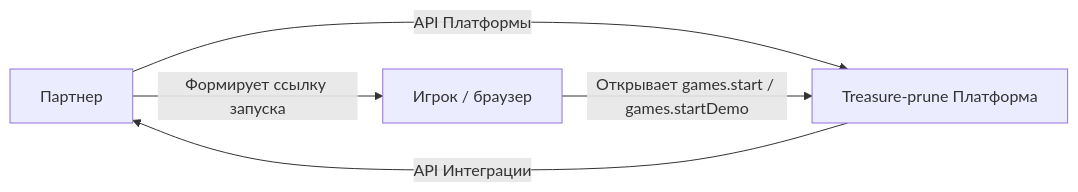
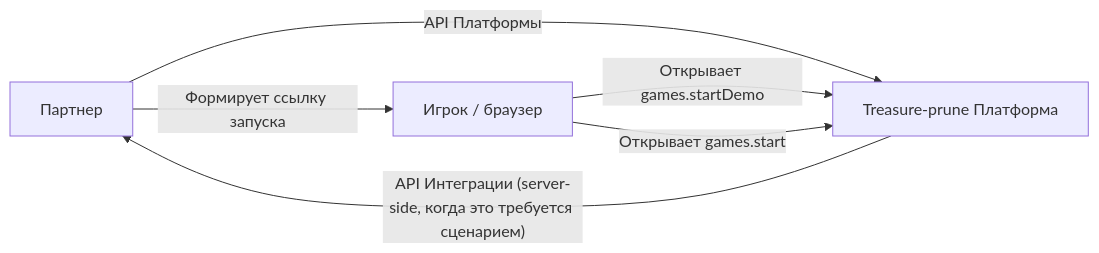
Before and after one commit to alexgoodman53/casino: the second of 6 diagrams in API_Treasure-prune.md, drawn with Mermaid. The commit also changed other lines of this file, not shown here.

````diff
--- a/API_Treasure-prune.md
+++ b/API_Treasure-prune.md
@@ -871,7 +888,8 @@
 ```mermaid
 flowchart LR
     A["Партнер"] -->|"API Платформы"| B["Treasure-prune Платформа"]
     A -->|"Формирует ссылку запуска"| C["Игрок / браузер"]
-    C -->|"Открывает games.start / games.startDemo"| B
-    B -->|"API Интеграции"| A
+    C -->|"Открывает games.startDemo"| B
+    C -->|"Открывает games.start"| B
+    B -->|"API Интеграции (server-side, когда это требуется сценарием)"| A
 ```
````
